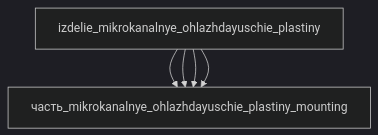
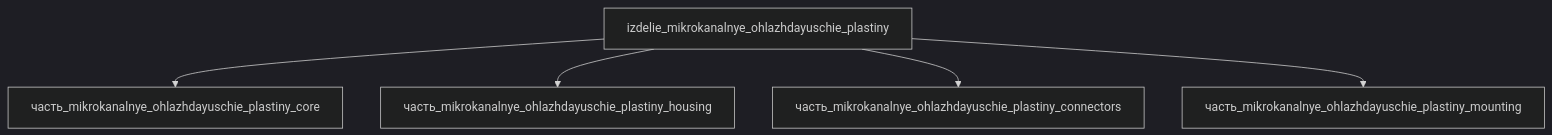
One commit to a-m-e-n-t-e-t/SkyNet changed the diagram in реальные данные/изделия/система_охлаждения/mikrokanalnye_ohlazhdayuschie_plastiny/_index.md. Above: the diagram before and after it, drawn with Mermaid (dark theme). The commit also changed other lines of this file and 6 other files, not shown here.

````diff
--- a/реальные данные/изделия/система_охлаждения/mikrokanalnye_ohlazhdayuschie_plastiny/_index.md
+++ b/реальные данные/изделия/система_охлаждения/mikrokanalnye_ohlazhdayuschie_plastiny/_index.md
@@ -110,12 +165,12 @@
 ```mermaid
 graph TD
-    mikrokanalnye_ohlazh["izdelie_mikrokanalnye_ohlazhdayuschie_plastiny"]
-    mikrokanalnye_ohlazhdayus["часть_mikrokanalnye_ohlazhdayuschie_plastiny_core"]
-    mikrokanalnye_ohlazh --> mikrokanalnye_ohlazhdayus
-    mikrokanalnye_ohlazhdayus["часть_mikrokanalnye_ohlazhdayuschie_plastiny_housing"]
-    mikrokanalnye_ohlazh --> mikrokanalnye_ohlazhdayus
-    mikrokanalnye_ohlazhdayus["часть_mikrokanalnye_ohlazhdayuschie_plastiny_connectors"]
-    mikrokanalnye_ohlazh --> mikrokanalnye_ohlazhdayus
-    mikrokanalnye_ohlazhdayus["часть_mikrokanalnye_ohlazhdayuschie_plastiny_mounting"]
-    mikrokanalnye_ohlazh --> mikrokanalnye_ohlazhdayus
+    izdelie_mikrokanalnye_ohlazhdayuschie_plastiny["izdelie_mikrokanalnye_ohlazhdayuschie_plastiny"]
+    ______mikrokanalnye_ohlazhdayuschie_plastiny_core["часть_mikrokanalnye_ohlazhdayuschie_plastiny_core"]
+    izdelie_mikrokanalnye_ohlazhdayuschie_plastiny --> ______mikrokanalnye_ohlazhdayuschie_plastiny_core
+    ______mikrokanalnye_ohlazhdayuschie_plastiny_housing["часть_mikrokanalnye_ohlazhdayuschie_plastiny_housing"]
+    izdelie_mikrokanalnye_ohlazhdayuschie_plastiny --> ______mikrokanalnye_ohlazhdayuschie_plastiny_housing
+    ______mikrokanalnye_ohlazhdayuschie_plastiny_connectors["часть_mikrokanalnye_ohlazhdayuschie_plastiny_connectors"]
+    izdelie_mikrokanalnye_ohlazhdayuschie_plastiny --> ______mikrokanalnye_ohlazhdayuschie_plastiny_connectors
+    ______mikrokanalnye_ohlazhdayuschie_plastiny_mounting["часть_mikrokanalnye_ohlazhdayuschie_plastiny_mounting"]
+    izdelie_mikrokanalnye_ohlazhdayuschie_plastiny --> ______mikrokanalnye_ohlazhdayuschie_plastiny_mounting
 ```
````
